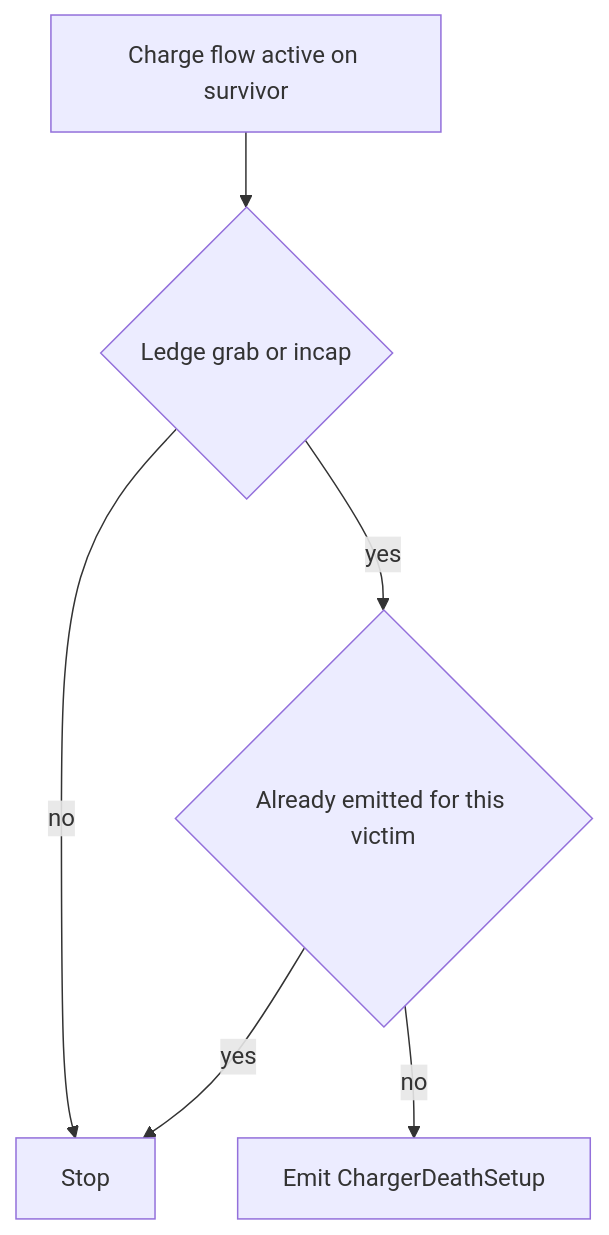
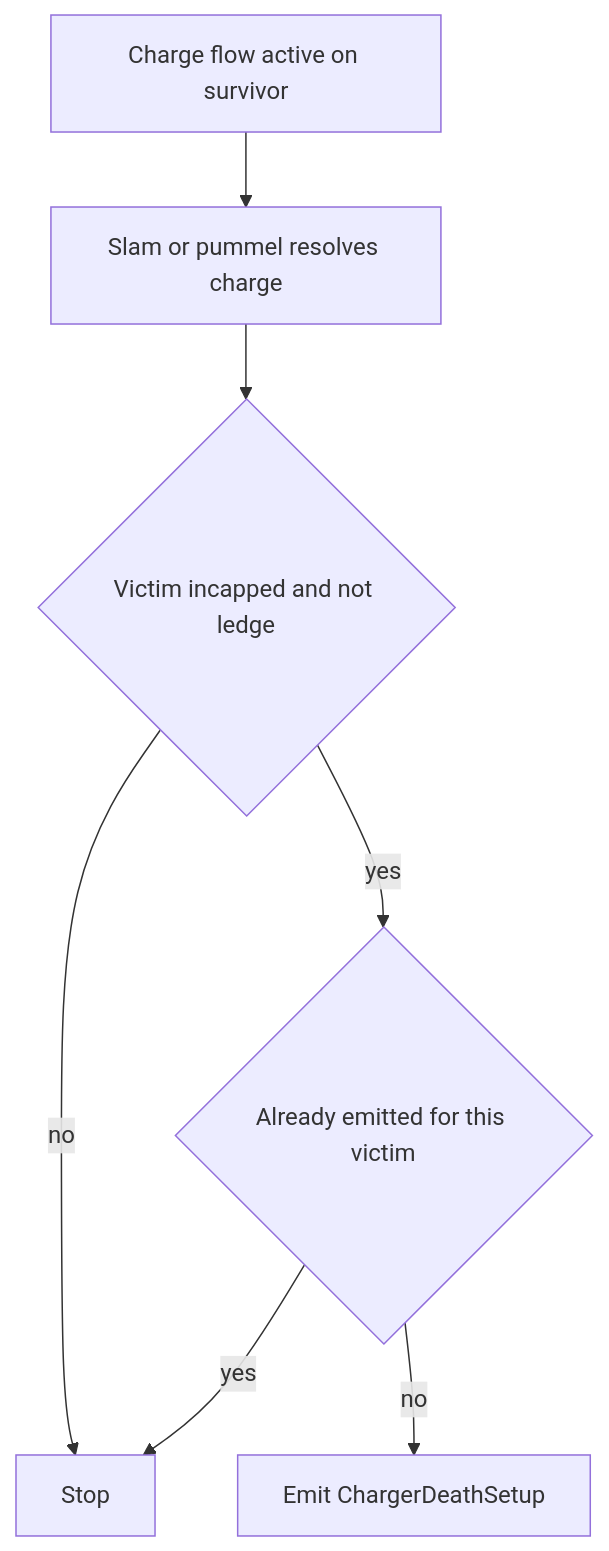
One commit to AoC-Gamers/L4D2-Player-Skills changed the third of 4 diagrams in docs/l4d2-skills-flow-charger.md. Above: the diagram before and after it, drawn with Mermaid. The commit also changed other lines of this file and 15 other files, not shown here.

````diff
--- a/docs/l4d2-skills-flow-charger.md
+++ b/docs/l4d2-skills-flow-charger.md
@@ -250,8 +274,9 @@
 ```mermaid
 flowchart TD
-    A[Charge flow active on survivor] --> B{Ledge grab or incap}
-    B -->|no| C[Stop]
-    B -->|yes| D{Already emitted for this victim}
-    D -->|yes| C
-    D -->|no| E[Emit ChargerDeathSetup]
+    A[Charge flow active on survivor] --> B[Slam or pummel resolves charge]
+    B --> C{Victim incapped and not ledge}
+    C -->|no| D[Stop]
+    C -->|yes| E{Already emitted for this victim}
+    E -->|yes| D
+    E -->|no| F[Emit ChargerDeathSetup]
 ```
````
